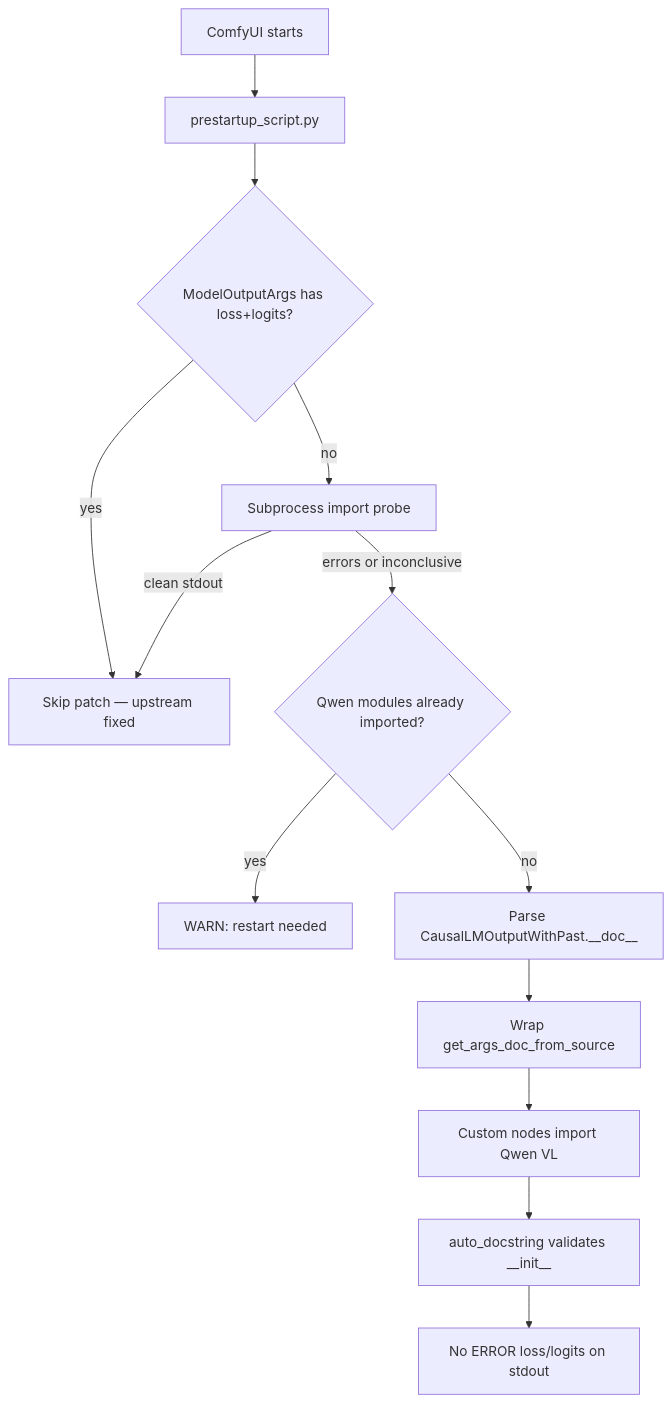
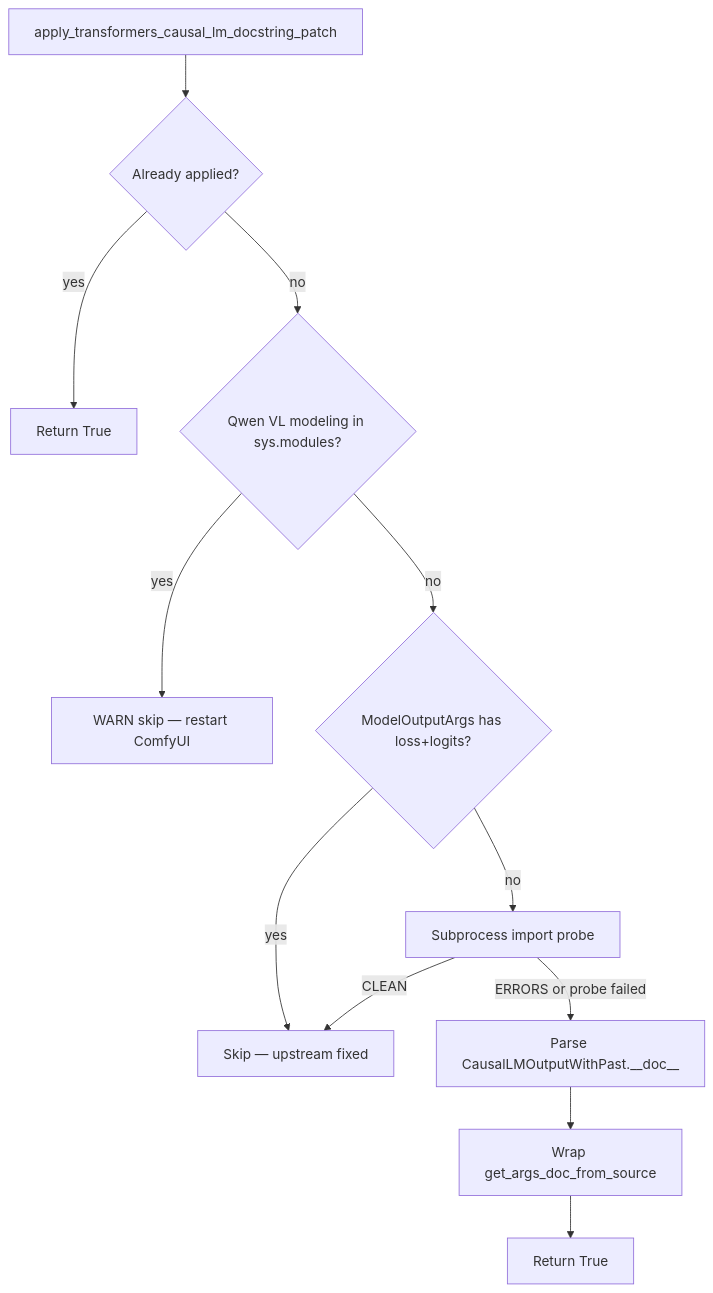
Before and after one commit to ussoewwin/ComfyUI-QwenImageLoraLoader: the diagram in md/TRANSFORMERS_QWEN_VL_CAUSAL_LM_DOCSTRING_PATCH.md, drawn with Mermaid. The commit also changed other lines of this file and 1 other file, not shown here.

Commit message:
\ docs: align CausalLM docstring patch guide with upstream auto probes\

````diff
--- a/md/TRANSFORMERS_QWEN_VL_CAUSAL_LM_DOCSTRING_PATCH.md
+++ b/md/TRANSFORMERS_QWEN_VL_CAUSAL_LM_DOCSTRING_PATCH.md
@@ -194,15 +36,14 @@
 ```mermaid
 flowchart TD
-    A[ComfyUI starts] --> B[prestartup_script.py]
-    B --> D{ModelOutputArgs has loss+logits?}
-    D -->|yes| Z[Skip patch — upstream fixed]
+    A[apply_transformers_causal_lm_docstring_patch] --> B{Already applied?}
+    B -->|yes| Y[Return True]
+    B -->|no| C{Qwen VL modeling in sys.modules?}
+    C -->|yes| W[WARN skip — restart ComfyUI]
+    C -->|no| D{ModelOutputArgs has loss+logits?}
+    D -->|yes| Z[Skip — upstream fixed]
     D -->|no| E[Subprocess import probe]
-    E -->|clean stdout| Z
-    E -->|errors or inconclusive| F{Qwen modules already imported?}
-    F -->|yes| W[WARN: restart needed]
-    F -->|no| G[Parse CausalLMOutputWithPast.__doc__]
-    G --> H[Wrap get_args_doc_from_source]
-    H --> I[Custom nodes import Qwen VL]
-    I --> J[auto_docstring validates __init__]
-    J --> K[No ERROR loss/logits on stdout]
+    E -->|CLEAN| Z
+    E -->|ERRORS or probe failed| F[Parse CausalLMOutputWithPast.__doc__]
+    F --> G[Wrap get_args_doc_from_source]
+    G --> X[Return True]
 ```
````
